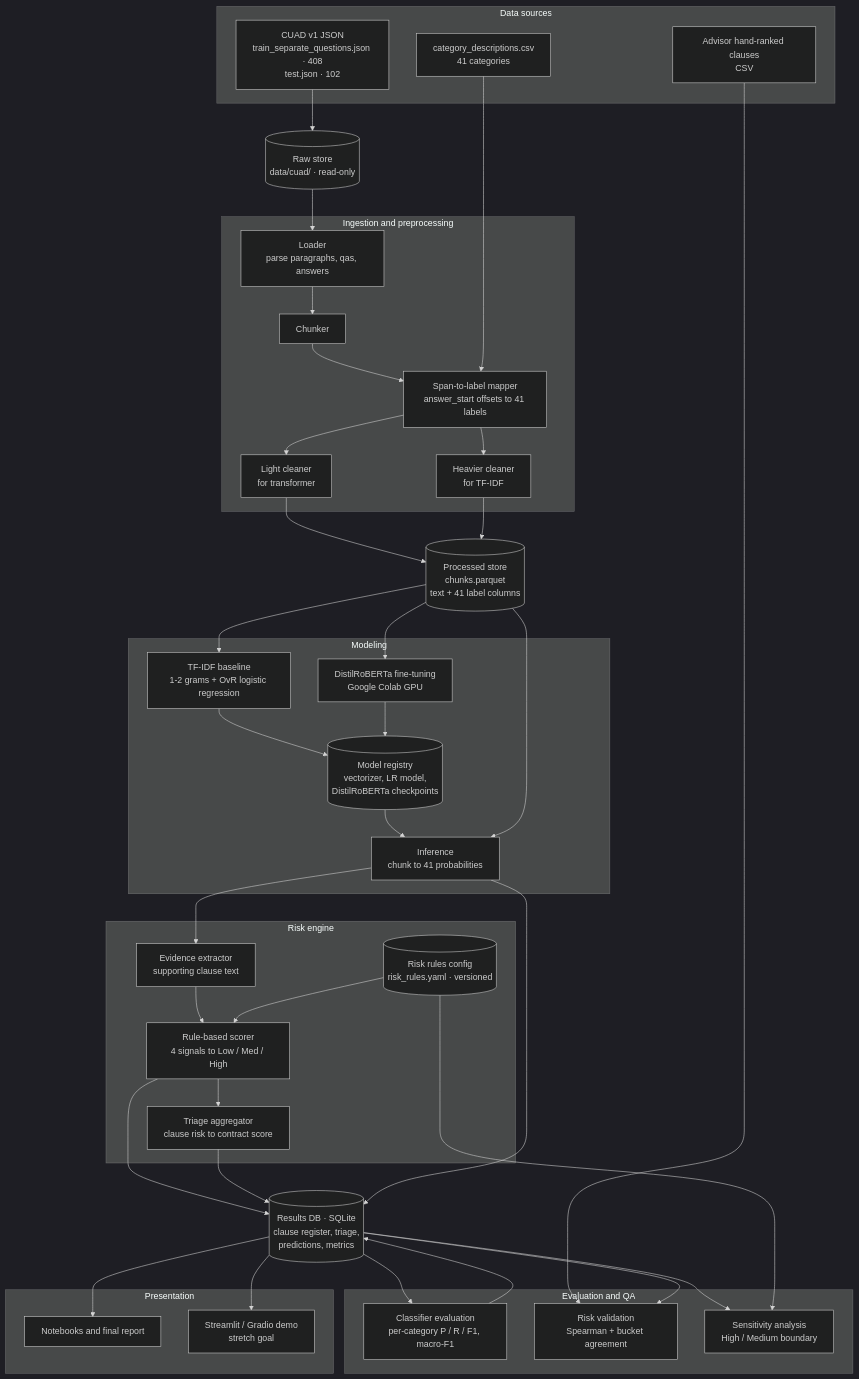
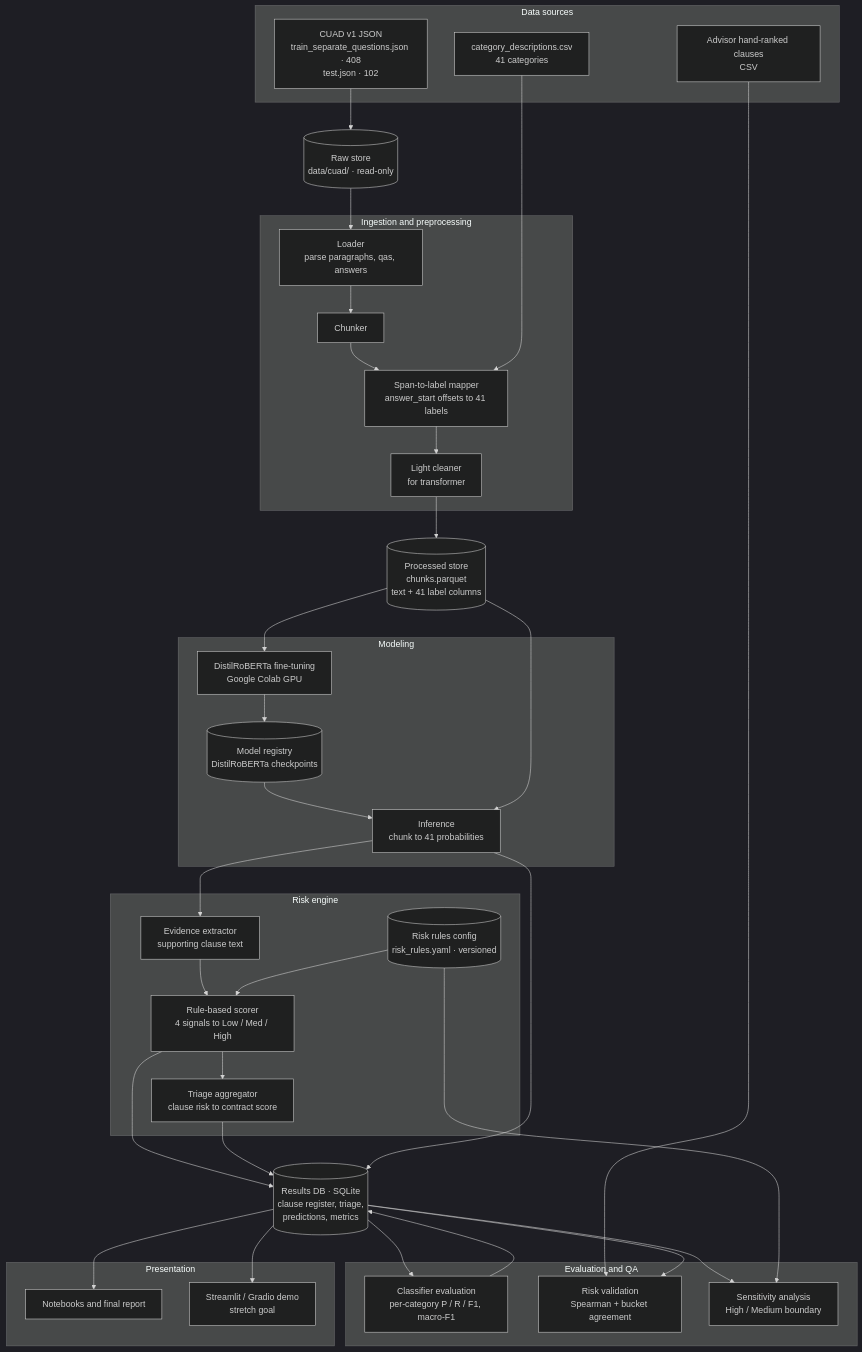
Before and after one commit to Break-Through-Tech/Accenture-1Q-contract-review-challenge: the first of 2 diagrams in docs/ARCHITECTURE.md, drawn with Mermaid (dark theme). The commit also changed other lines of this file, not shown here.

Commit message:
Drop TF-IDF baseline from architecture doc

````diff
--- a/docs/ARCHITECTURE.md
+++ b/docs/ARCHITECTURE.md
@@ -25,77 +25,72 @@
 ```mermaid
 flowchart TB
     subgraph SRC["Data sources"]
         CUAD["CUAD v1 JSON<br/>train_separate_questions.json · 408<br/>test.json · 102"]
         CAT["category_descriptions.csv<br/>41 categories"]
         ADV["Advisor hand-ranked clauses<br/>CSV"]
     end
 
     RAW[("Raw store<br/>data/cuad/ · read-only")]
 
     subgraph PREP["Ingestion and preprocessing"]
         LOAD["Loader<br/>parse paragraphs, qas, answers"]
         CHUNK["Chunker"]
         MAP["Span-to-label mapper<br/>answer_start offsets to 41 labels"]
         CLEANL["Light cleaner<br/>for transformer"]
-        CLEANH["Heavier cleaner<br/>for TF-IDF"]
     end
 
     PROC[("Processed store<br/>chunks.parquet<br/>text + 41 label columns")]
 
     subgraph MODEL["Modeling"]
-        BASE["TF-IDF baseline<br/>1-2 grams + OvR logistic regression"]
         TRAIN["DistilRoBERTa fine-tuning<br/>Google Colab GPU"]
         INFER["Inference<br/>chunk to 41 probabilities"]
-        REG[("Model registry<br/>vectorizer, LR model,<br/>DistilRoBERTa checkpoints")]
+        REG[("Model registry<br/>DistilRoBERTa checkpoints")]
     end
 
     subgraph RISK["Risk engine"]
         EVID["Evidence extractor<br/>supporting clause text"]
         SCORE["Rule-based scorer<br/>4 signals to Low / Med / High"]
         TRIAGE["Triage aggregator<br/>clause risk to contract score"]
         CFG[("Risk rules config<br/>risk_rules.yaml · versioned")]
     end
 
     DB[("Results DB · SQLite<br/>clause register, triage,<br/>predictions, metrics")]
 
     subgraph EVAL["Evaluation and QA"]
         CLFEVAL["Classifier evaluation<br/>per-category P / R / F1, macro-F1"]
         RISKVAL["Risk validation<br/>Spearman + bucket agreement"]
         SENS["Sensitivity analysis<br/>High / Medium boundary"]
     end
 
     subgraph UI["Presentation"]
         RPT["Notebooks and final report"]
         APP["Streamlit / Gradio demo<br/>stretch goal"]
     end
 
     CUAD --> RAW
     RAW --> LOAD --> CHUNK --> MAP
     CAT --> MAP
-    MAP --> CLEANL & CLEANH
+    MAP --> CLEANL
     CLEANL --> PROC
-    CLEANH --> PROC
 
-    PROC --> BASE
     PROC --> TRAIN
-    BASE --> REG
     TRAIN --> REG
     REG --> INFER
     PROC --> INFER
 
     INFER --> EVID --> SCORE --> TRIAGE
     CFG --> SCORE
     SCORE --> DB
     TRIAGE --> DB
     INFER --> DB
 
     DB --> CLFEVAL
     CLFEVAL --> DB
     ADV --> RISKVAL
     DB --> RISKVAL
     DB --> SENS
     CFG --> SENS
 
     DB --> RPT
     DB --> APP
 ```
````
